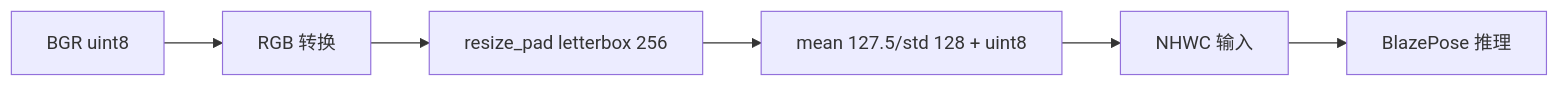
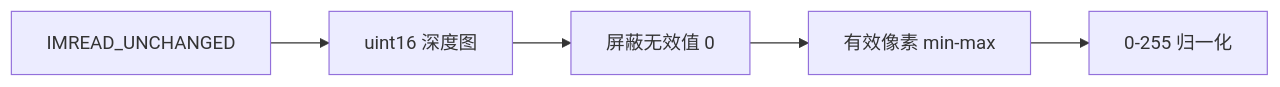
One commit to aibittek/course_generate_agent changed the third of 7 diagrams in courses/sheet1/robot_vision/_parts/experiment-10.md. Above: the diagram before and after it, drawn with Mermaid. The commit also changed other lines of this file and 98 other files, not shown here.

````diff
--- a/courses/sheet1/robot_vision/_parts/experiment-10.md
+++ b/courses/sheet1/robot_vision/_parts/experiment-10.md
@@ -209,8 +215,7 @@
 ```mermaid
 graph LR
-    A[BGR uint8] --> B[RGB 转换]
-    B --> C[resize_pad letterbox 256]
-    C --> D["mean 127.5/std 128 + uint8"]
-    D --> E[NHWC 输入]
-    E --> F[BlazePose 推理]
+    A[IMREAD_UNCHANGED] --> B[uint16 深度图]
+    B --> C[屏蔽无效值 0]
+    C --> D[有效像素 min-max]
+    D --> E[0-255 归一化]
 ```
````
